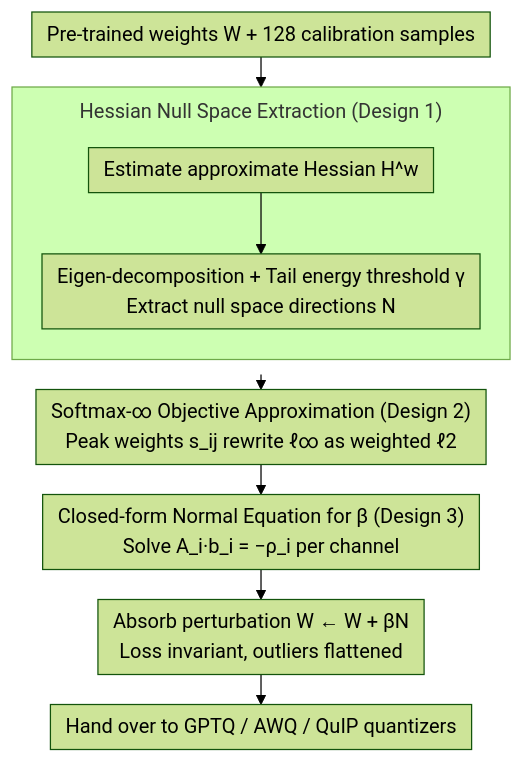
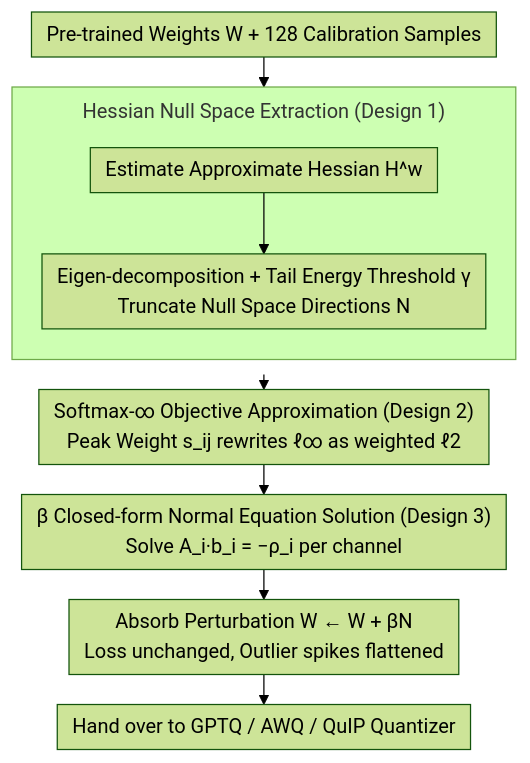
One commit to zhaoyang97/Paper-Notes-en changed the diagram in docs/ICML2026/model_compression/osaq_outlier_self-absorption_for_accurate_low-bit_llm_quantization.md. Above: the diagram before and after it, drawn with Mermaid (forest theme). The commit also changed other lines of this file and 5084 other files, not shown here.

````diff
--- a/docs/ICML2026/model_compression/osaq_outlier_self-absorption_for_accurate_low-bit_llm_quantization.md
+++ b/docs/ICML2026/model_compression/osaq_outlier_self-absorption_for_accurate_low-bit_llm_quantization.md
@@ -42,13 +42,13 @@
 ```mermaid
 %%{init: {'flowchart': {'rankSpacing': 24, 'nodeSpacing': 28, 'padding': 6, 'wrappingWidth': 400, 'subGraphTitleMargin': {'top': 8, 'bottom': 16}}}}%%
 flowchart TD
-    A["Pre-trained weights W + 128 calibration samples"] --> B
+    A["Pre-trained Weights W + 128 Calibration Samples"] --> B
     subgraph S1["Hessian Null Space Extraction (Design 1)"]
         direction TB
-        B["Estimate approximate Hessian H^w"] --> C["Eigen-decomposition + Tail energy threshold γ<br/>Extract null space directions N"]
+        B["Estimate Approximate Hessian H^w"] --> C["Eigen-decomposition + Tail Energy Threshold γ<br/>Truncate Null Space Directions N"]
     end
-    S1 --> D["Softmax-∞ Objective Approximation (Design 2)<br/>Peak weights s_ij rewrite ℓ∞ as weighted ℓ2"]
-    D --> E["Closed-form Normal Equation for β (Design 3)<br/>Solve A_i·b_i = −ρ_i per channel"]
-    E --> F["Absorb perturbation W ← W + βN<br/>Loss invariant, outliers flattened"]
-    F --> G["Hand over to GPTQ / AWQ / QuIP quantizers"]
+    S1 --> D["Softmax-∞ Objective Approximation (Design 2)<br/>Peak Weight s_ij rewrites ℓ∞ as weighted ℓ2"]
+    D --> E["β Closed-form Normal Equation Solution (Design 3)<br/>Solve A_i·b_i = −ρ_i per channel"]
+    E --> F["Absorb Perturbation W ← W + βN<br/>Loss unchanged, Outlier spikes flattened"]
+    F --> G["Hand over to GPTQ / AWQ / QuIP Quantizer"]
 ```
````
